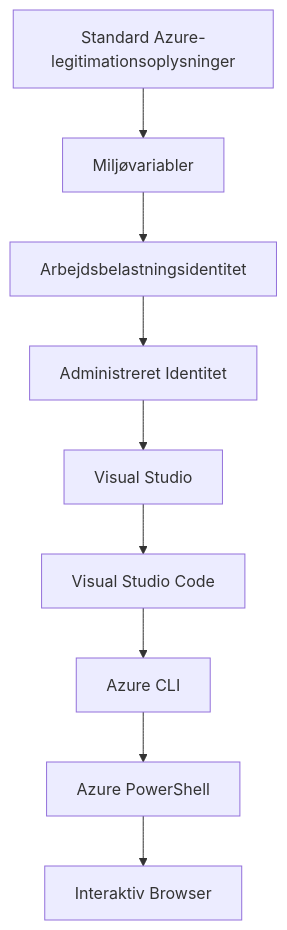
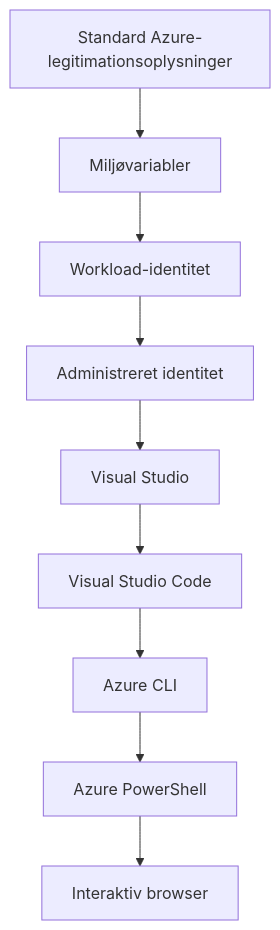
Before and after one commit to microsoft/AZD-for-beginners: the second of 2 diagrams in translations/da/docs/chapter-01-foundation/azd-basics.md, drawn with Mermaid. The commit also changed other lines of this file and 101 other files, not shown here.

````diff
--- a/translations/da/docs/chapter-01-foundation/azd-basics.md
+++ b/translations/da/docs/chapter-01-foundation/azd-basics.md
@@ -558,11 +593,11 @@
 ```mermaid
 graph TD
     A[Standard Azure-legitimationsoplysninger] --> B[Miljøvariabler]
-    B --> C[Arbejdsbelastningsidentitet]
-    C --> D[Administreret Identitet]
+    B --> C[Workload-identitet]
+    C --> D[Administreret identitet]
     D --> E[Visual Studio]
     E --> F[Visual Studio Code]
     F --> G[Azure CLI]
     G --> H[Azure PowerShell]
-    H --> I[Interaktiv Browser]
+    H --> I[Interaktiv browser]
 ```
````
